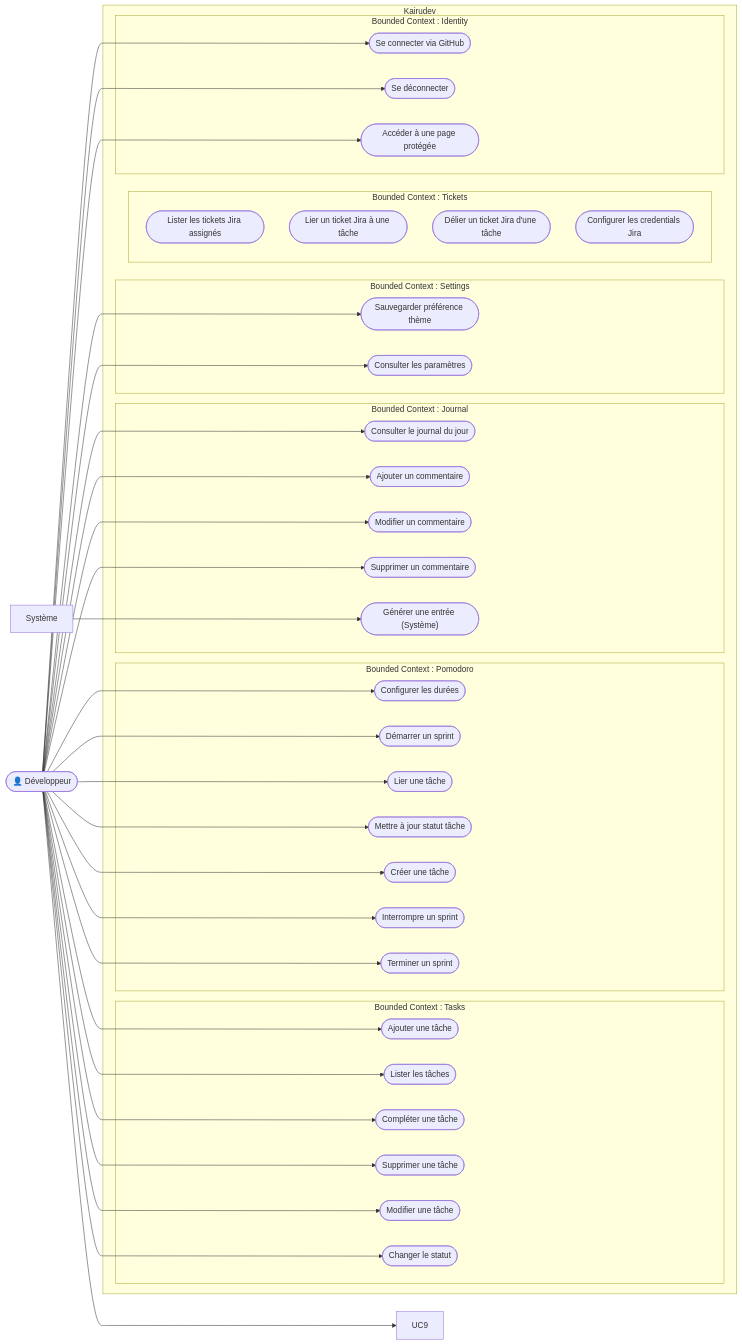
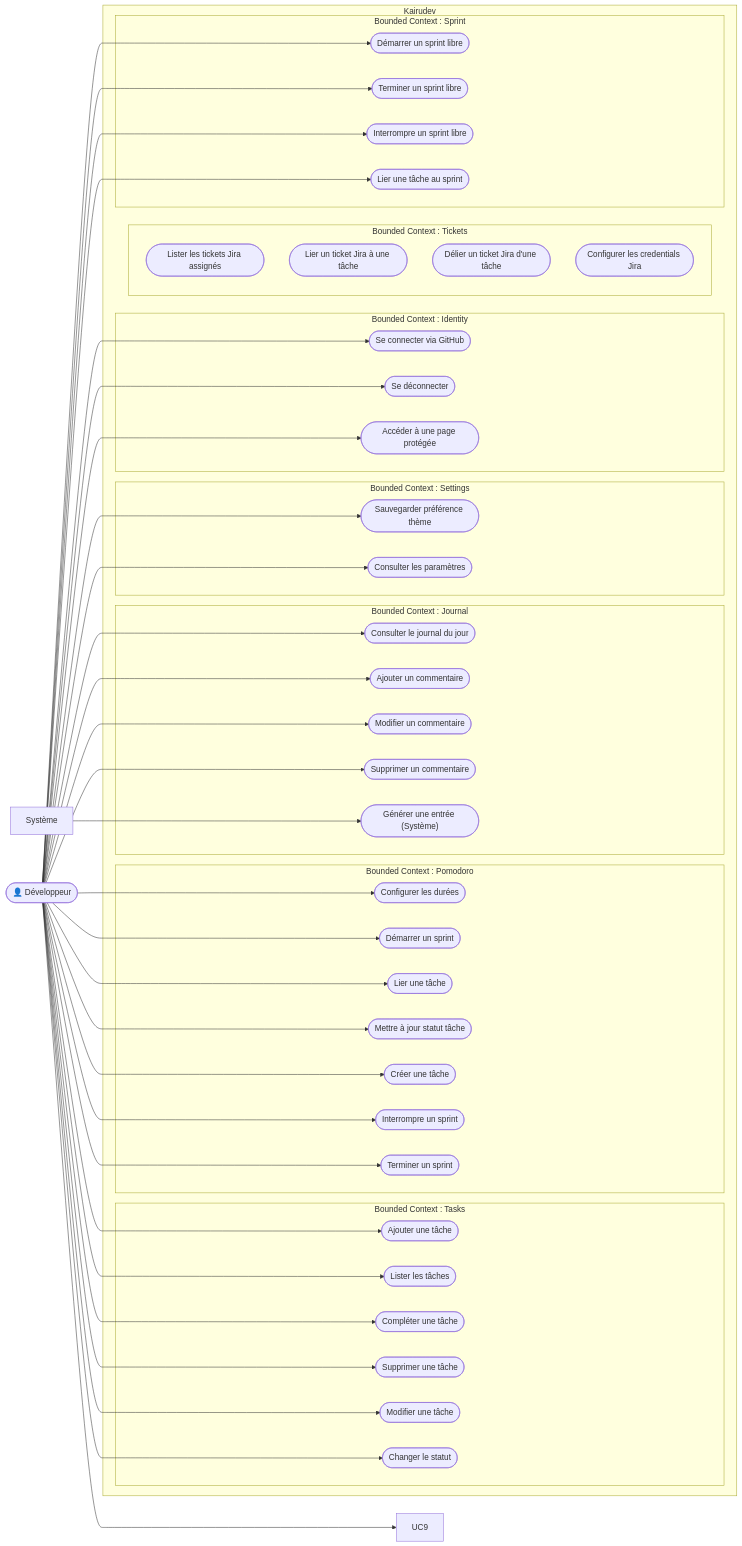
The first of 22 diagrams in docs/spec.md (Monbsoft/Kairudev), drawn with Mermaid before and after one commit. The commit also changed other lines of this file and 68 other files, not shown here.

````diff
--- a/docs/spec.md
+++ b/docs/spec.md
@@ -67,6 +67,13 @@
             UCA2(["Se déconnecter"])
             UCA3(["Accéder à une page protégée"])
         end
+
+        subgraph SprintBC["Bounded Context : Sprint"]
+            SP01(["Démarrer un sprint libre"])
+            SP02(["Terminer un sprint libre"])
+            SP03(["Interrompre un sprint libre"])
+            SP04(["Lier une tâche au sprint"])
+        end
     end
 
     Dev --> UC1
@@ -93,4 +100,8 @@
     Dev --> UCA1
     Dev --> UCA2
     Dev --> UCA3
+    Dev --> SP01
+    Dev --> SP02
+    Dev --> SP03
+    Dev --> SP04
 ```
````
